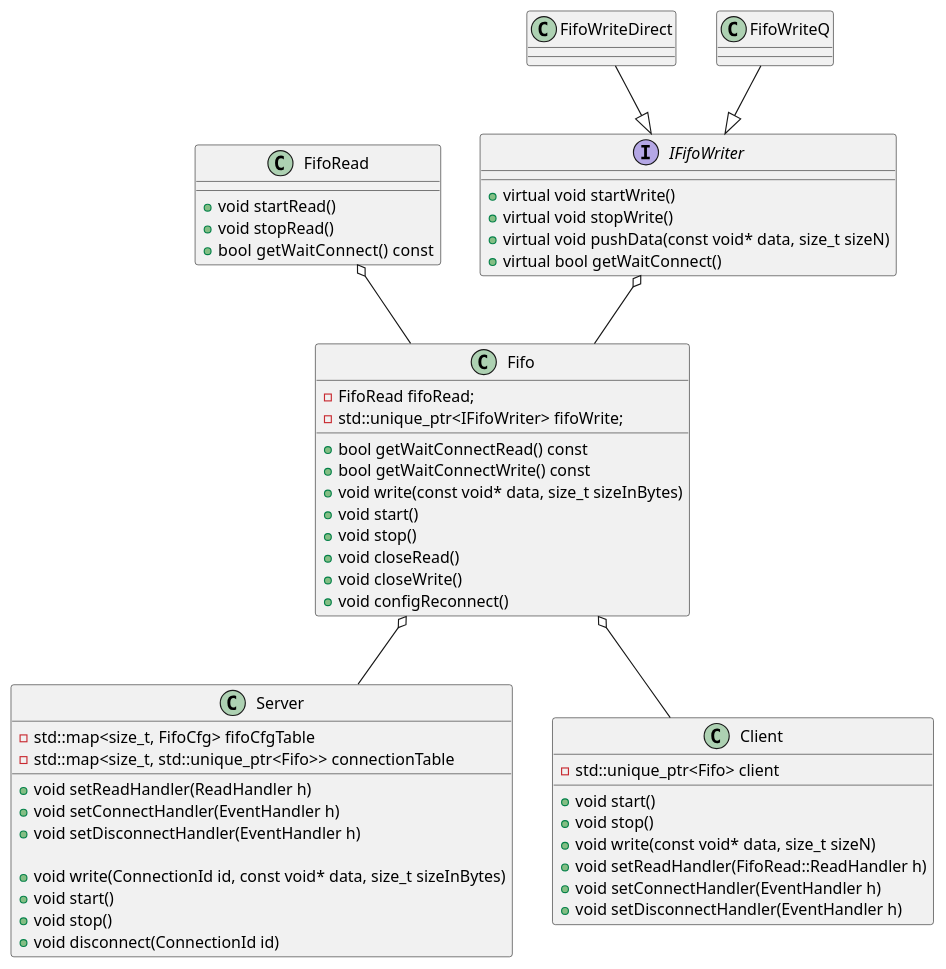
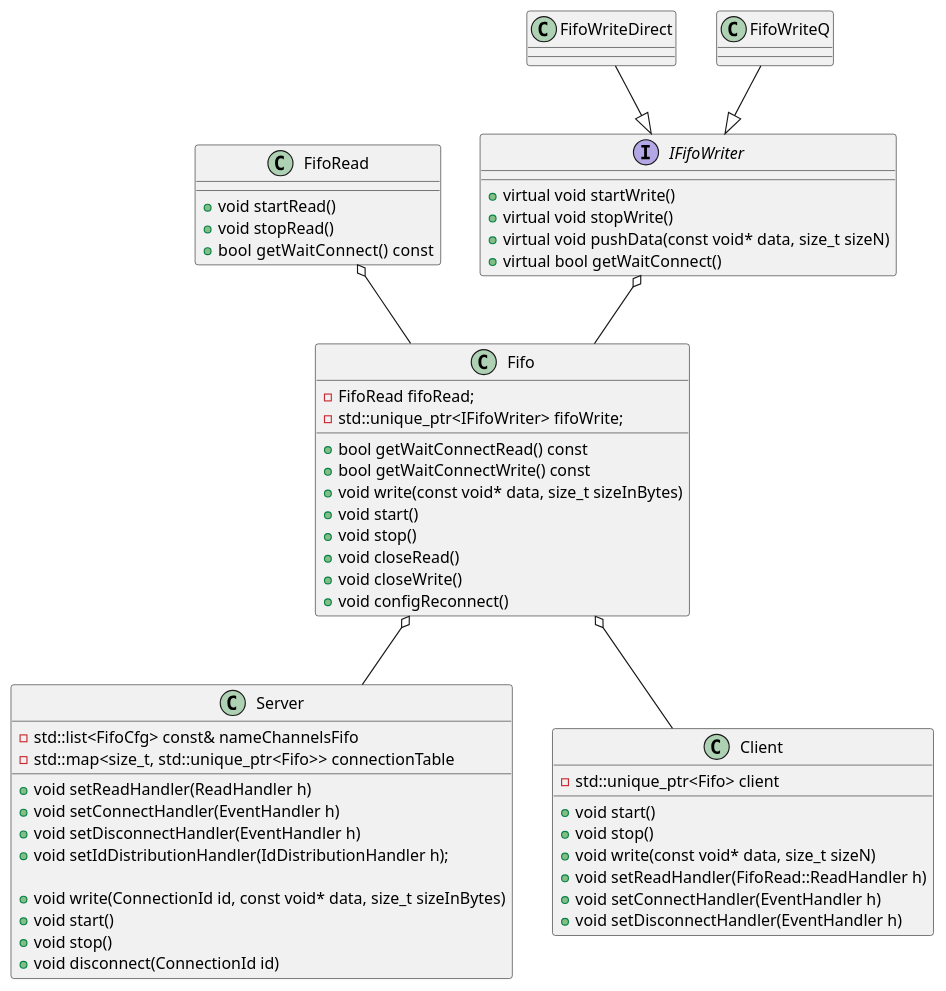
The diagram in diagram_Class.puml (Ilya-Abramov00/FifoMaster), drawn with PlantUML before and after one commit. The commit also changed 5 other files, not shown here.

```diff
--- a/diagram_Class.puml
+++ b/diagram_Class.puml
@@ -1,75 +1,76 @@
 @startuml
 
 interface IFifoWriter {
 	+virtual void startWrite()
 	+virtual void stopWrite()
 	+virtual void pushData(const void* data, size_t sizeN)
 	+virtual bool getWaitConnect()
 
 }
 
 
 
 class FifoWriteDirect
 class FifoWriteQ
 
 FifoWriteDirect --|> IFifoWriter
 FifoWriteQ --|> IFifoWriter
 
 class FifoRead {
 	+void startRead()
 	+void stopRead()
 	+bool  getWaitConnect() const
 }
 
 class Fifo {
 	+bool getWaitConnectRead() const
 	+bool getWaitConnectWrite() const
 	+void write(const void* data, size_t sizeInBytes)
 	+void start()
 	+void stop()
 	+void closeRead()
 	+void closeWrite()
     +void configReconnect()
 	-FifoRead fifoRead;
     -std::unique_ptr<IFifoWriter> fifoWrite;
 }
 
 FifoRead o--Fifo
 IFifoWriter o--Fifo
 
 
 
 class Server {
 
 
 	+void setReadHandler(ReadHandler h)
 	+void setConnectHandler(EventHandler h)
 	+void setDisconnectHandler(EventHandler h)
+    +void setIdDistributionHandler(IdDistributionHandler h);
 
 	+void write(ConnectionId id, const void* data, size_t sizeInBytes)
 	+void start()
 	+void stop()
     +void disconnect(ConnectionId id)
 
 
-	-std::map<size_t, FifoCfg> fifoCfgTable
+	-std::list<FifoCfg> const& nameChannelsFifo
 	-std::map<size_t, std::unique_ptr<Fifo>> connectionTable
 
 }
 Fifo o--Server
 
 class Client {
 
 	+void start()
 	+void stop()
 	+void write(const void* data, size_t sizeN)
 	+void setReadHandler(FifoRead::ReadHandler h)
 	+void setConnectHandler(EventHandler h)
 	+void setDisconnectHandler(EventHandler h)
     -std::unique_ptr<Fifo> client
 }
 
 Fifo o--Client
 
 @enduml
```
